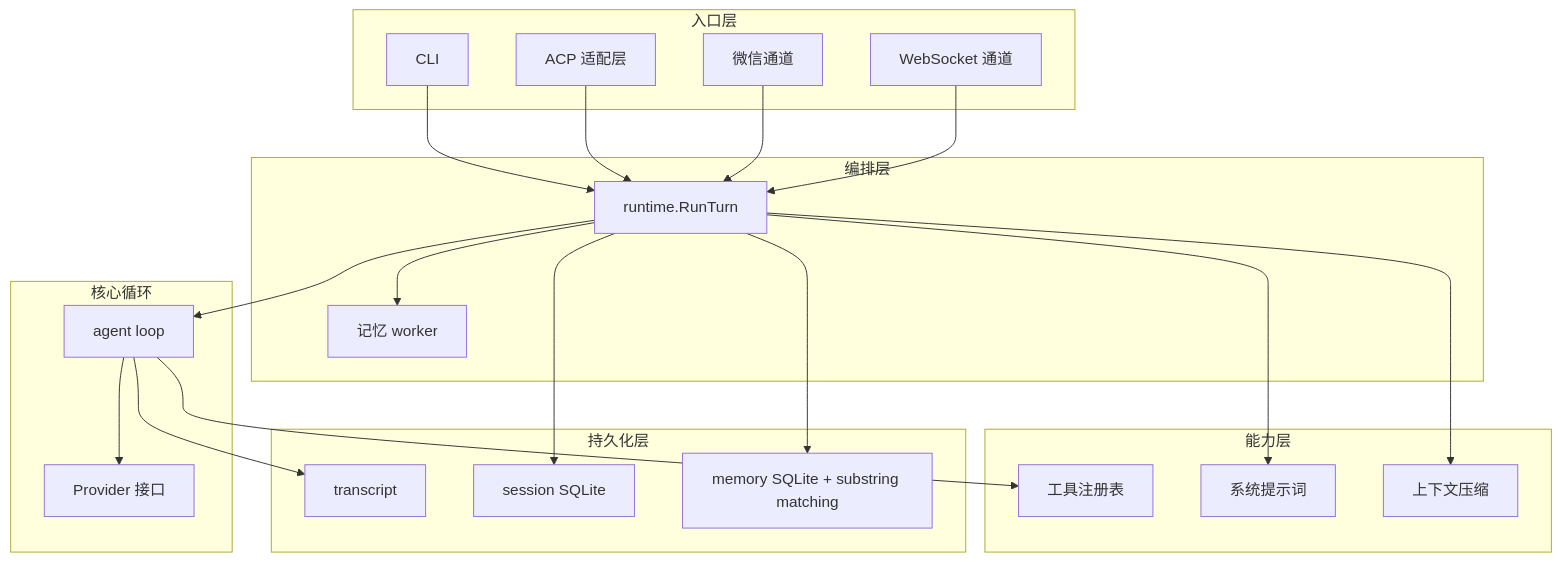
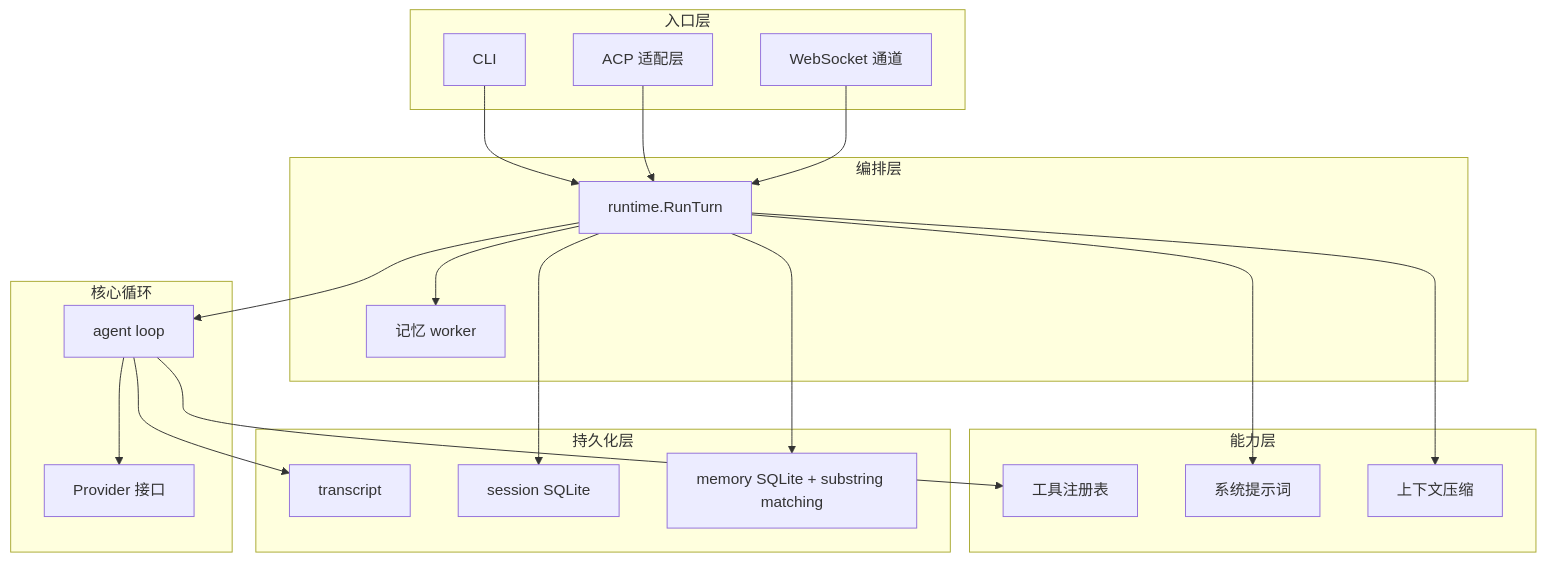
Before and after one commit to gvenusleo/Atlas: the first of 2 diagrams in docs/zh-CN/architecture.md, drawn with Mermaid. The commit also changed 34 other files, not shown here.

````diff
--- a/docs/zh-CN/architecture.md
+++ b/docs/zh-CN/architecture.md
@@ -9,45 +9,43 @@
 ```mermaid
 graph TD
     subgraph 入口层
         CLI[CLI]
         ACP[ACP 适配层]
-        WX[微信通道]
         WS[WebSocket 通道]
     end
 
     subgraph 编排层
         RT[runtime.RunTurn]
         MW[记忆 worker]
     end
 
     subgraph 核心循环
         AG[agent loop]
         PR[Provider 接口]
     end
 
     subgraph 能力层
         TOOLS[工具注册表]
         PRMPT[系统提示词]
         CMP[上下文压缩]
     end
 
     subgraph 持久化层
         TR[transcript]
         SS[session SQLite]
         MS[memory SQLite + substring matching]
     end
 
     CLI --> RT
     ACP --> RT
-    WX --> RT
     WS --> RT
     RT --> AG
     RT --> MW
     AG --> PR
     AG --> TOOLS
     RT --> PRMPT
     RT --> CMP
     RT --> MS
     AG --> TR
     RT --> SS
 ```
````
